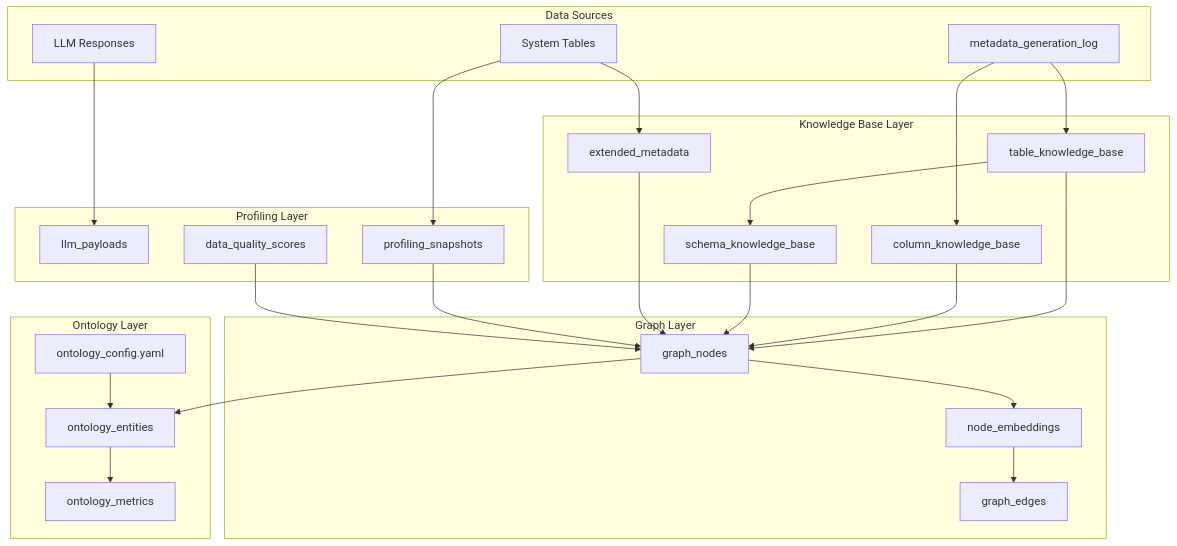
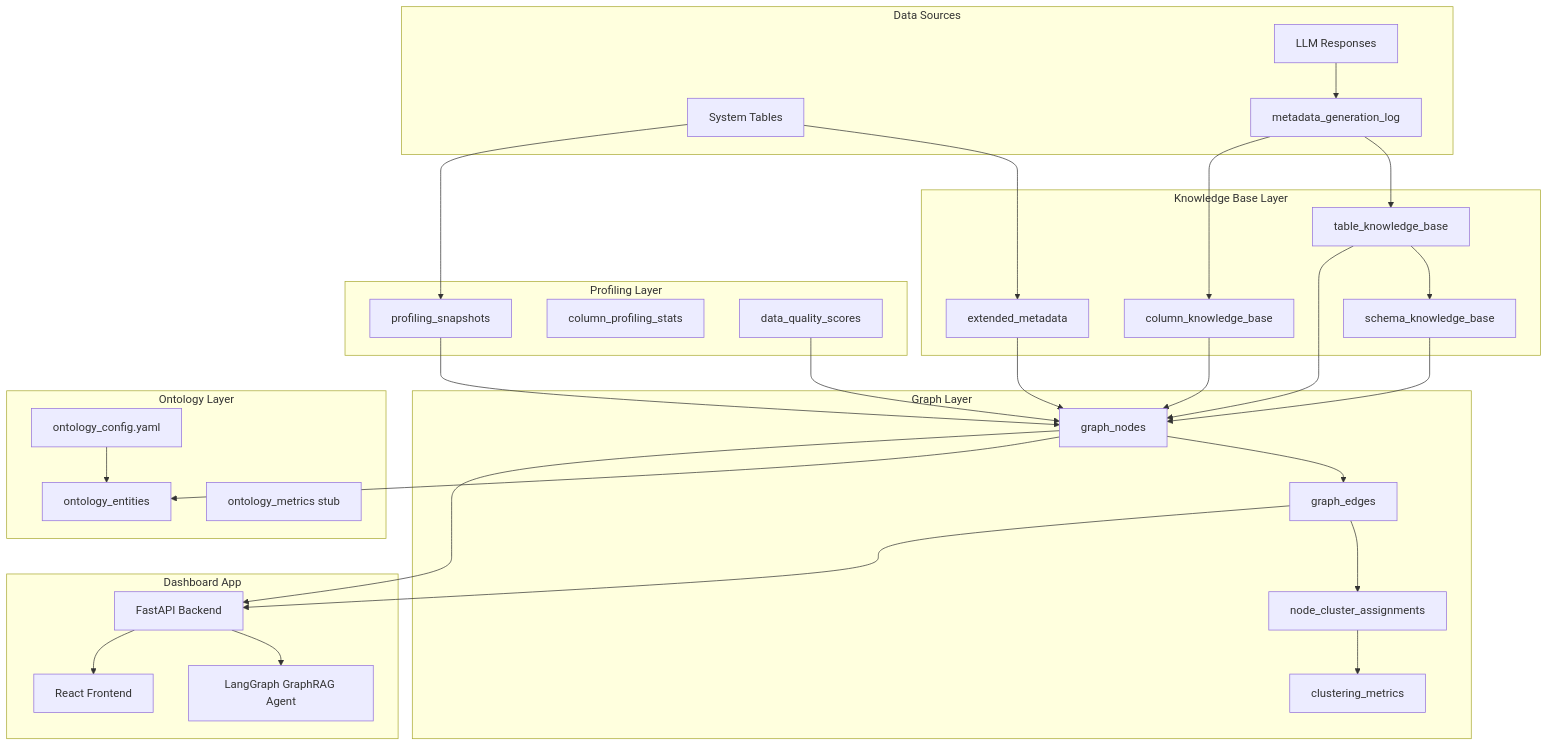
The diagram in README.md (databricks-industry-solutions/dbxmetagen), drawn with Mermaid before and after one commit. The commit also changed other lines of this file and 115 other files, not shown here.

````diff
--- a/README.md
+++ b/README.md
@@ -103,54 +70,66 @@
 ```mermaid
 flowchart TB
     subgraph sources [Data Sources]
         SYS[System Tables]
         LOG[metadata_generation_log]
         LLM[LLM Responses]
     end
-    
+
     subgraph kb [Knowledge Base Layer]
         TKB[table_knowledge_base]
         CKB[column_knowledge_base]
         SKB[schema_knowledge_base]
         EXT[extended_metadata]
     end
-    
+
     subgraph profiling [Profiling Layer]
-        PAY[llm_payloads]
         PROF[profiling_snapshots]
+        CS[column_profiling_stats]
         DQ[data_quality_scores]
     end
-    
+
     subgraph graph [Graph Layer]
         GN[graph_nodes]
         GE[graph_edges]
-        EMB[node_embeddings]
+        NCA[node_cluster_assignments]
+        CM[clustering_metrics]
     end
-    
+
     subgraph ontology [Ontology Layer]
         ONT_CFG[ontology_config.yaml]
         ENT[ontology_entities]
-        MET[ontology_metrics]
+        MET[ontology_metrics stub]
     end
-    
+
+    subgraph app [Dashboard App]
+        API[FastAPI Backend]
+        UI[React Frontend]
+        AGT[LangGraph GraphRAG Agent]
+    end
+
     SYS --> EXT
     SYS --> PROF
     LOG --> TKB
     LOG --> CKB
     TKB --> SKB
-    LLM --> PAY
-    
+    LLM --> LOG
+
     TKB --> GN
     CKB --> GN
     SKB --> GN
     EXT --> GN
     PROF --> GN
     DQ --> GN
-    
-    GN --> EMB
-    EMB --> GE
-    
+
+    GN --> GE
+    GE --> NCA
+    NCA --> CM
+
     ONT_CFG --> ENT
     GN --> ENT
-    ENT --> MET
+
+    GN --> API
+    GE --> API
+    API --> AGT
+    API --> UI
 ```
````
